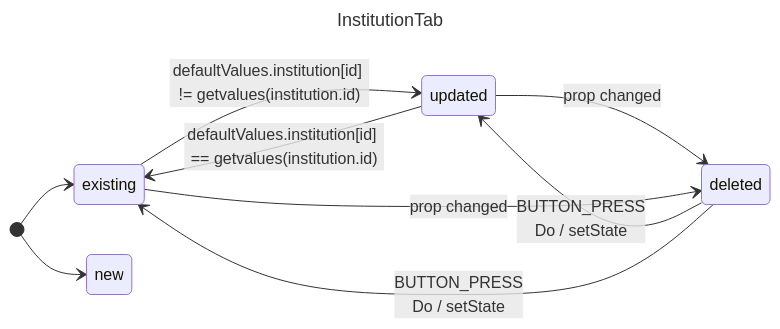
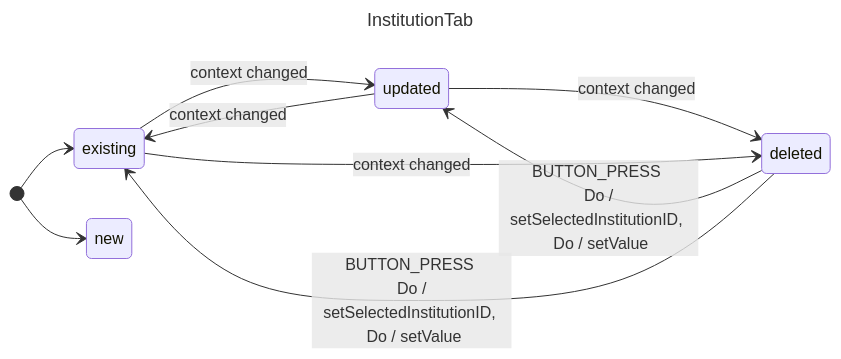
Before and after one commit to skorphil/nextjs-form: the diagram in components/InstitutionTab/docs.md, drawn with Mermaid. The commit also changed other lines of this file, not shown here.

````diff
--- a/components/InstitutionTab/docs.md
+++ b/components/InstitutionTab/docs.md
@@ -20,16 +22,16 @@
 ```mermaid
 ---
 title: InstitutionTab
 ---
 stateDiagram-v2
     direction LR
 
 [*] --> existing
-existing --> updated : defaultValues.institution[id] != getvalues(institution.id)
-updated --> existing : defaultValues.institution[id] == getvalues(institution.id)
-updated --> deleted : prop changed
-existing --> deleted : prop changed
-deleted --> updated : BUTTON_PRESS <br/> Do / setState
-deleted --> existing : BUTTON_PRESS <br/> Do / setState
+existing --> updated : context changed
+updated --> existing : context changed
+updated --> deleted : context changed
+existing --> deleted : context changed
+deleted --> updated : BUTTON_PRESS <br/> Do / setSelectedInstitutionID, <br/> Do / setValue  
+deleted --> existing : BUTTON_PRESS <br/> Do / setSelectedInstitutionID, <br/> Do / setValue 
 [*] --> new
 ```
````
